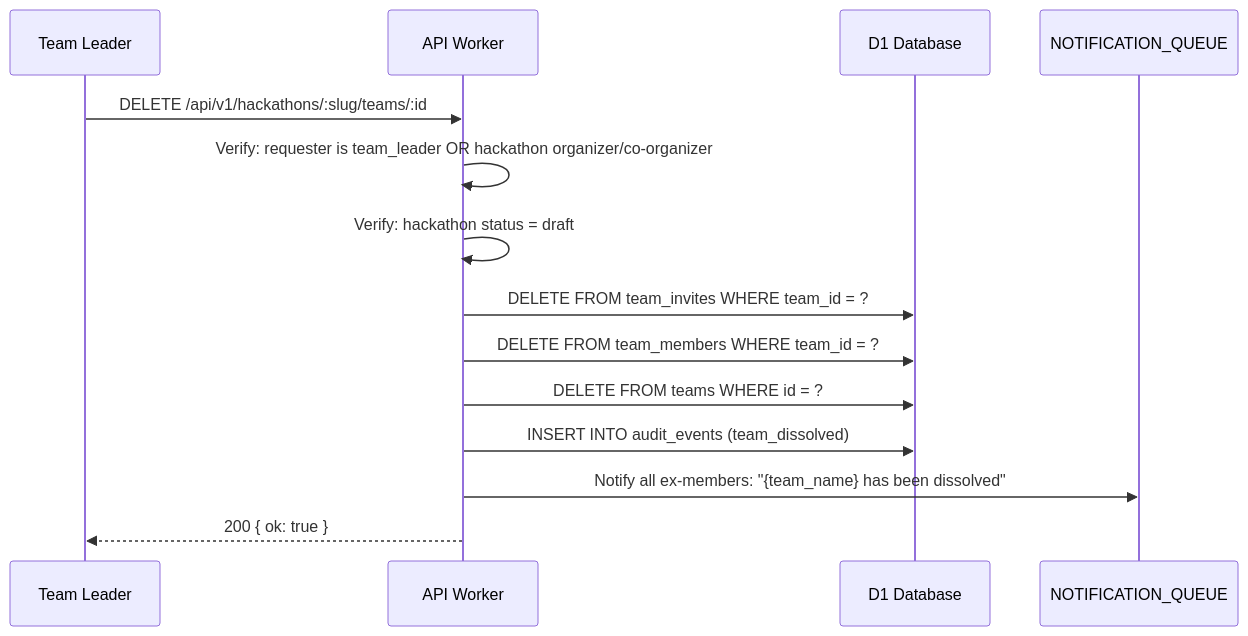
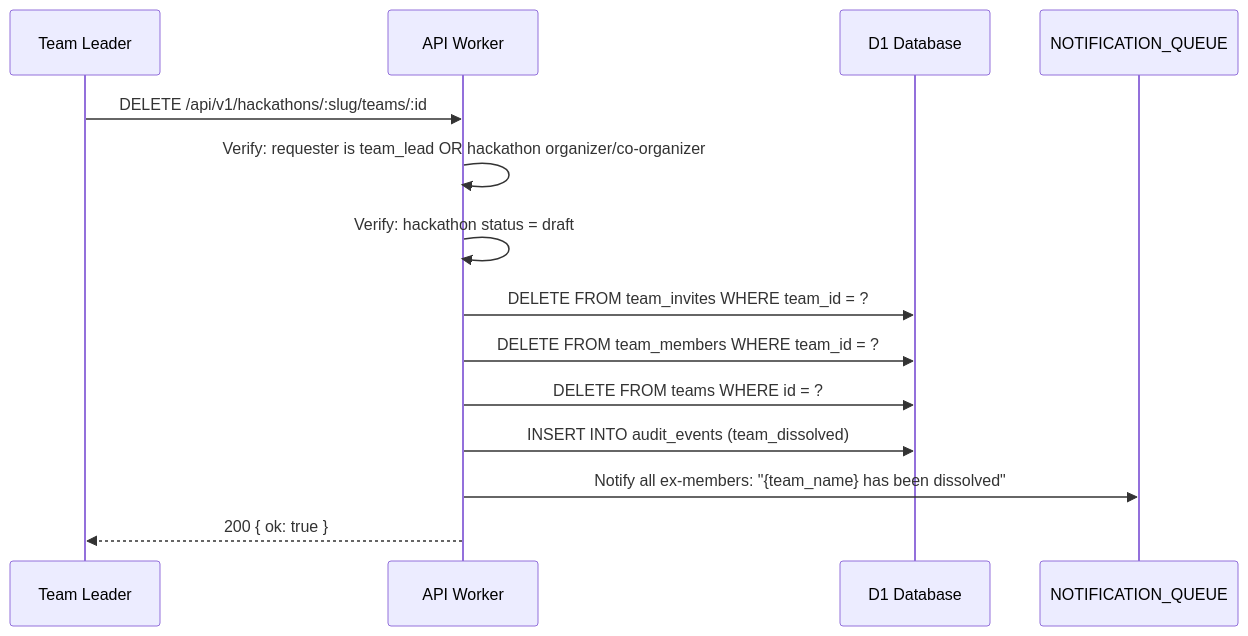
Diagram 11 of 11 in docs/v3/planned/team-management.md (devangshupandey2025-stack/DevSage), drawn with Mermaid before and after one commit. The commit also changed other lines of this file and 2 other files, not shown here.

First line of the commit message:
docs(core): fix canonical role names in lifecycle, roles, and team management docs

````diff
--- a/docs/v3/planned/team-management.md
+++ b/docs/v3/planned/team-management.md
@@ -407,18 +407,18 @@
 ```mermaid
 sequenceDiagram
     participant L as Team Leader
     participant W as API Worker
     participant D1 as D1 Database
     participant Q as NOTIFICATION_QUEUE
 
     L->>W: DELETE /api/v1/hackathons/:slug/teams/:id
-    W->>W: Verify: requester is team_leader OR hackathon organizer/co-organizer
+    W->>W: Verify: requester is team_lead OR hackathon organizer/co-organizer
     W->>W: Verify: hackathon status = draft
 
     W->>D1: DELETE FROM team_invites WHERE team_id = ?
     W->>D1: DELETE FROM team_members WHERE team_id = ?
     W->>D1: DELETE FROM teams WHERE id = ?
     W->>D1: INSERT INTO audit_events (team_dissolved)
     W->>Q: Notify all ex-members: "{team_name} has been dissolved"
     W-->>L: 200 { ok: true }
 ```
````
